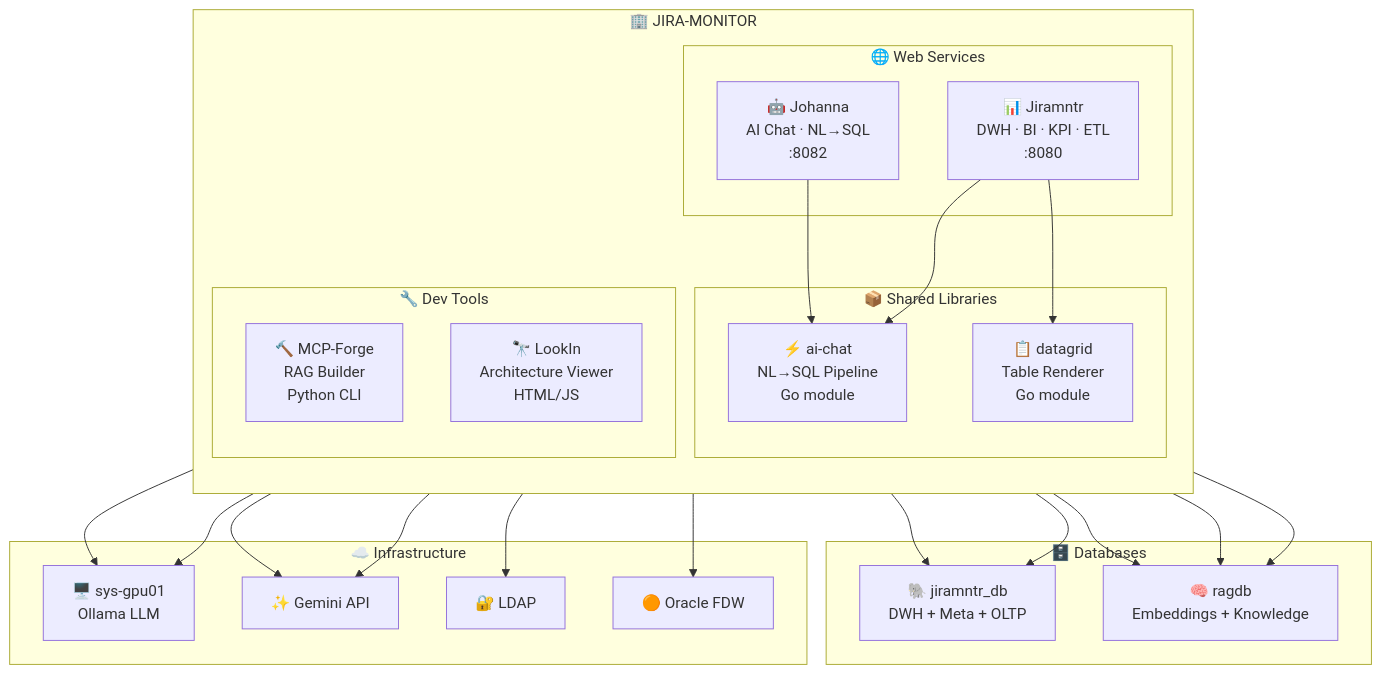
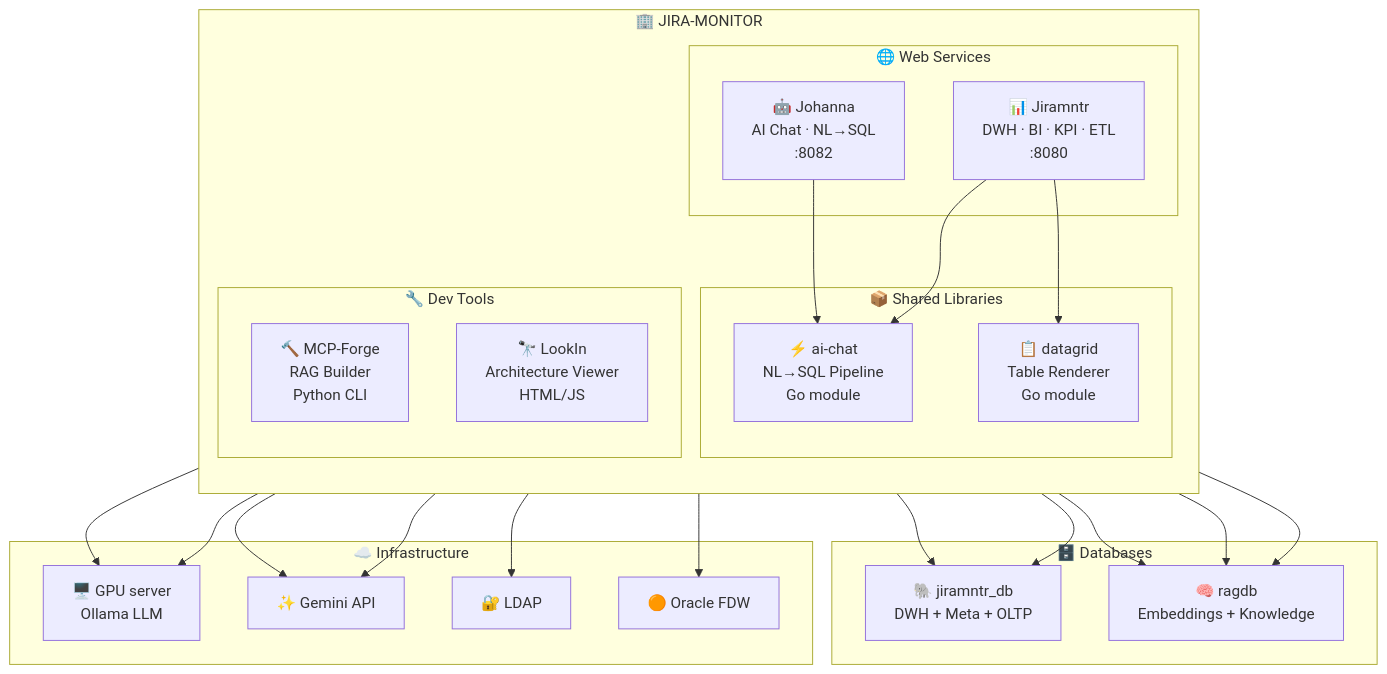
Before and after one commit to gnemet/lookin: the diagram in layers/jira-monitor/enterprise.mmd, drawn with Mermaid. The commit also changed 31 other files, not shown here.

```diff
--- a/layers/jira-monitor/enterprise.mmd
+++ b/layers/jira-monitor/enterprise.mmd
@@ -1,46 +1,46 @@
 graph TB
     subgraph PLATFORM["🏢 JIRA-MONITOR"]
         direction TB
 
         subgraph SERVICES["🌐 Web Services"]
             JM["📊 Jiramntr<br/>DWH · BI · KPI · ETL<br/>:8080"]
             JO["🤖 Johanna<br/>AI Chat · NL→SQL<br/>:8082"]
         end
 
         subgraph LIBRARIES["📦 Shared Libraries"]
             AIC["⚡ ai-chat<br/>NL→SQL Pipeline<br/>Go module"]
             DG["📋 datagrid<br/>Table Renderer<br/>Go module"]
         end
 
         subgraph TOOLS["🔧 Dev Tools"]
             MF["🔨 MCP-Forge<br/>RAG Builder<br/>Python CLI"]
             LK["🔭 LookIn<br/>Architecture Viewer<br/>HTML/JS"]
         end
     end
 
     subgraph DATA["🗄️ Databases"]
         DB1["🐘 jiramntr_db<br/>DWH + Meta + OLTP"]
         DB2["🧠 ragdb<br/>Embeddings + Knowledge"]
     end
 
     subgraph INFRA["☁️ Infrastructure"]
-        GPU["🖥️ sys-gpu01<br/>Ollama LLM"]
+        GPU["🖥️ GPU server<br/>Ollama LLM"]
         GEMINI["✨ Gemini API"]
         LDAP["🔐 LDAP"]
         ORACLE["🟠 Oracle FDW"]
     end
 
     JM --> AIC
     JM --> DG
     JO --> AIC
     JM --> DB1
     JM --> DB2
     JO --> DB1
     JO --> DB2
     MF --> DB2
     JM --> GPU
     JO --> GPU
     JM --> GEMINI
     JO --> GEMINI
     JM --> LDAP
     JM --> ORACLE
```
